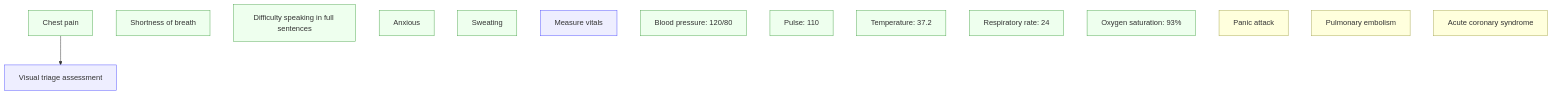
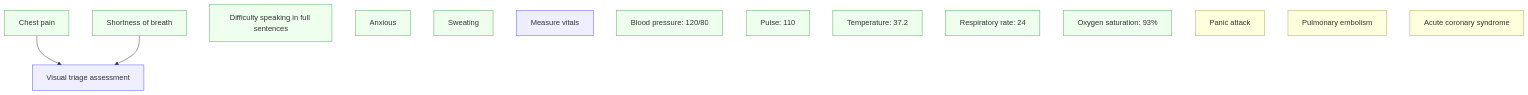
Before and after one commit to kahunacohen/why: the diagram in diagrams/medical.mmd, drawn with Mermaid.

```diff
--- a/diagrams/medical.mmd
+++ b/diagrams/medical.mmd
@@ -1,41 +1,42 @@
 flowchart TD
   O1["Chest pain"]
   O2["Shortness of breath"]
 
   A1["Visual triage assessment"]
   O6["Difficulty speaking in full sentences"]
   O7["Anxious"]
   O8["Sweating"]
 
   A2["Measure vitals"]
   O3["Blood pressure: 120/80"]
   O4["Pulse: 110"]
   O5["Temperature: 37.2"]
   O9["Respiratory rate: 24"]
   O10["Oxygen saturation: 93%"]
 
   O1 --> A1
+  O2 --> A1
 
   H1["Panic attack"]
   H2["Pulmonary embolism"]
   H3["Acute coronary syndrome"]
   
   classDef obs fill:#efe,stroke:#5a5;
   classDef action fill:#eef,stroke:#55f;
   classDef hyo fill:#ffd,stroke:#aa5
 
   class O1 obs
   class O2 obs
   class O3 obs
   class O4 obs
   class O5 obs
   class O6 obs
   class O7 obs
   class O8 obs
   class O9 obs
   class O10 obs
   class A1 action
   class A2 action
   class H1 hyo
   class H2 hyo
   class H3 hyo
```
